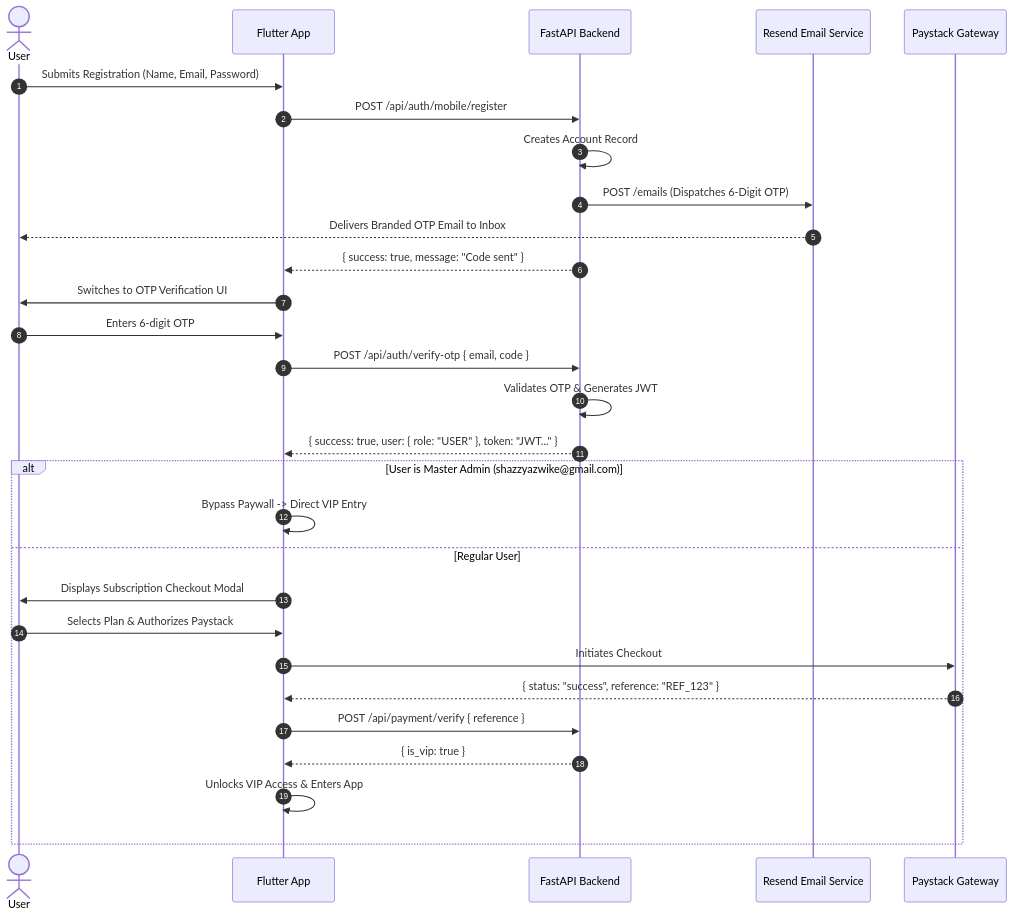
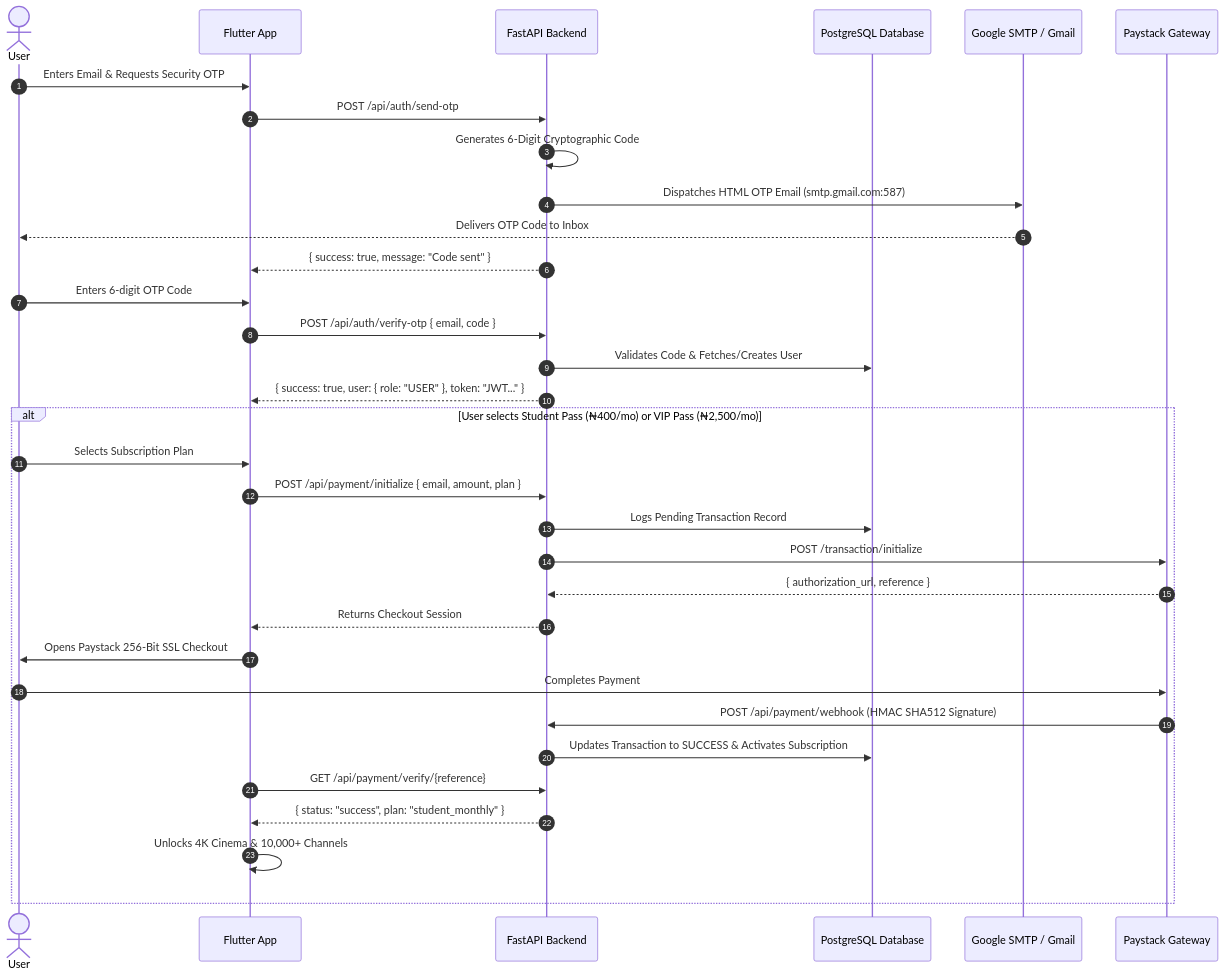
One commit to JaimeCabary/Pure-Cinema-Flutter changed the diagram in README.md. Above: the diagram before and after it, drawn with Mermaid. The commit also changed other lines of this file and 24 other files, not shown here.

Commit message:
Production release: PostgreSQL ORM, Paystack 4 Tiers, Google SMTP OTP, Stream Quality Selector, Available Movies Vault, Typewriter Legal Notice & Futuristic AI CineBot UI

````diff
--- a/README.md
+++ b/README.md
@@ -321,33 +187,37 @@
 ```mermaid
 sequenceDiagram
     autonumber
     actor User as User
     participant App as Flutter App
     participant API as FastAPI Backend
-    participant Resend as Resend Email Service
+    participant DB as PostgreSQL Database
+    participant SMTP as Google SMTP / Gmail
     participant Paystack as Paystack Gateway
 
-    User->>App: Submits Registration (Name, Email, Password)
-    App->>API: POST /api/auth/mobile/register
-    API->>API: Creates Account Record
-    API->>Resend: POST /emails (Dispatches 6-Digit OTP)
-    Resend-->>User: Delivers Branded OTP Email to Inbox
+    User->>App: Enters Email & Requests Security OTP
+    App->>API: POST /api/auth/send-otp
+    API->>API: Generates 6-Digit Cryptographic Code
+    API->>SMTP: Dispatches HTML OTP Email (smtp.gmail.com:587)
+    SMTP-->>User: Delivers OTP Code to Inbox
     API-->>App: { success: true, message: "Code sent" }
-    App->>User: Switches to OTP Verification UI
-    User->>App: Enters 6-digit OTP
+    User->>App: Enters 6-digit OTP Code
     App->>API: POST /api/auth/verify-otp { email, code }
-    API->>API: Validates OTP & Generates JWT
+    API->>DB: Validates Code & Fetches/Creates User
     API-->>App: { success: true, user: { role: "USER" }, token: "JWT..." }
 
-    alt User is Master Admin (shazzyazwike@gmail.com)
-        App->>App: Bypass Paywall -> Direct VIP Entry
-    else Regular User
-        App->>User: Displays Subscription Checkout Modal
-        User->>App: Selects Plan & Authorizes Paystack
-        App->>Paystack: Initiates Checkout
-        Paystack-->>App: { status: "success", reference: "REF_123" }
-        App->>API: POST /api/payment/verify { reference }
-        API-->>App: { is_vip: true }
-        App->>App: Unlocks VIP Access & Enters App
+    alt User selects Student Pass (₦400/mo) or VIP Pass (₦2,500/mo)
+        User->>App: Selects Subscription Plan
+        App->>API: POST /api/payment/initialize { email, amount, plan }
+        API->>DB: Logs Pending Transaction Record
+        API->>Paystack: POST /transaction/initialize
+        Paystack-->>API: { authorization_url, reference }
+        API-->>App: Returns Checkout Session
+        App->>User: Opens Paystack 256-Bit SSL Checkout
+        User->>Paystack: Completes Payment
+        Paystack->>API: POST /api/payment/webhook (HMAC SHA512 Signature)
+        API->>DB: Updates Transaction to SUCCESS & Activates Subscription
+        App->>API: GET /api/payment/verify/{reference}
+        API-->>App: { status: "success", plan: "student_monthly" }
+        App->>App: Unlocks 4K Cinema & 10,000+ Channels
     end
 ```
````
